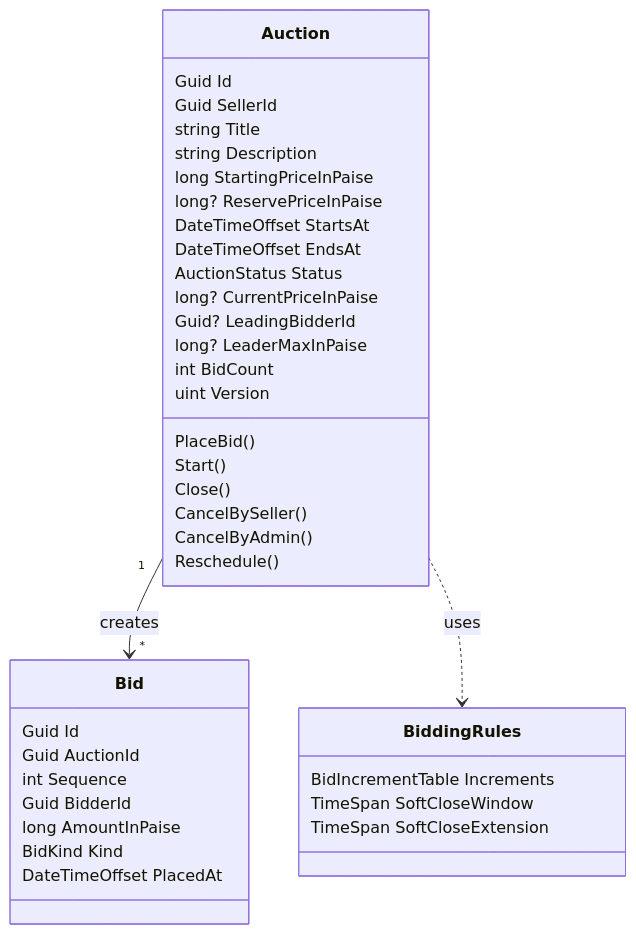
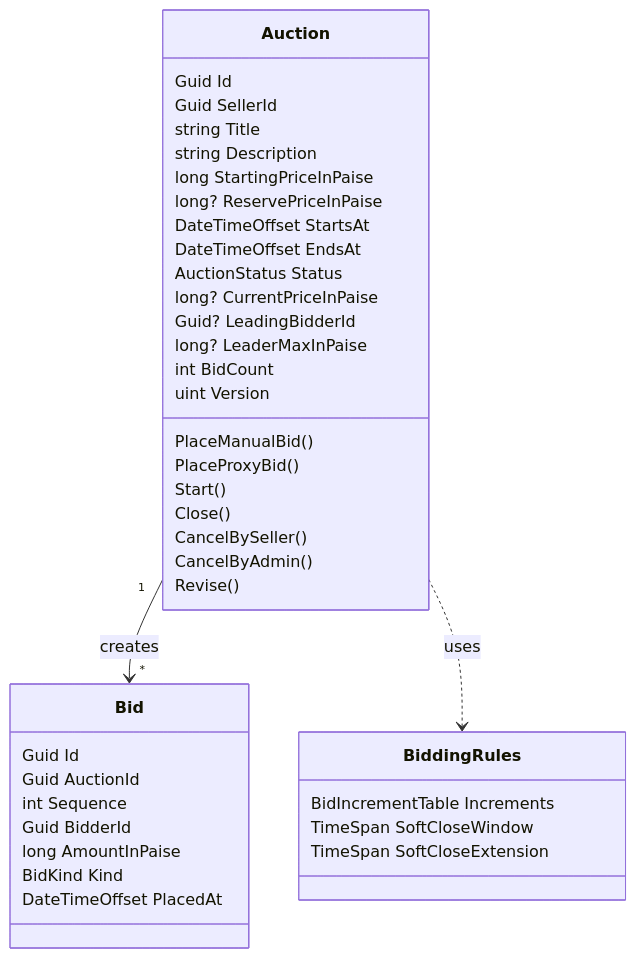
One commit to MadhavRaiTrivedi/live-auction changed the first of 2 diagrams in docs/domain-model.md. Above: the diagram before and after it, drawn with Mermaid. The commit also changed other lines of this file and 17 other files, not shown here.

First line of the commit message:
feat(domain): add auction model with manual and proxy bidding

````diff
--- a/docs/domain-model.md
+++ b/docs/domain-model.md
@@ -7,41 +7,42 @@
 ```mermaid
 classDiagram
     class Auction {
         Guid Id
         Guid SellerId
         string Title
         string Description
         long StartingPriceInPaise
         long? ReservePriceInPaise
         DateTimeOffset StartsAt
         DateTimeOffset EndsAt
         AuctionStatus Status
         long? CurrentPriceInPaise
         Guid? LeadingBidderId
         long? LeaderMaxInPaise
         int BidCount
         uint Version
-        PlaceBid()
+        PlaceManualBid()
+        PlaceProxyBid()
         Start()
         Close()
         CancelBySeller()
         CancelByAdmin()
-        Reschedule()
+        Revise()
     }
     class Bid {
         Guid Id
         Guid AuctionId
         int Sequence
         Guid BidderId
         long AmountInPaise
         BidKind Kind
         DateTimeOffset PlacedAt
     }
     class BiddingRules {
         BidIncrementTable Increments
         TimeSpan SoftCloseWindow
         TimeSpan SoftCloseExtension
     }
     Auction "1" --> "*" Bid : creates
     Auction ..> BiddingRules : uses
 ```
````
